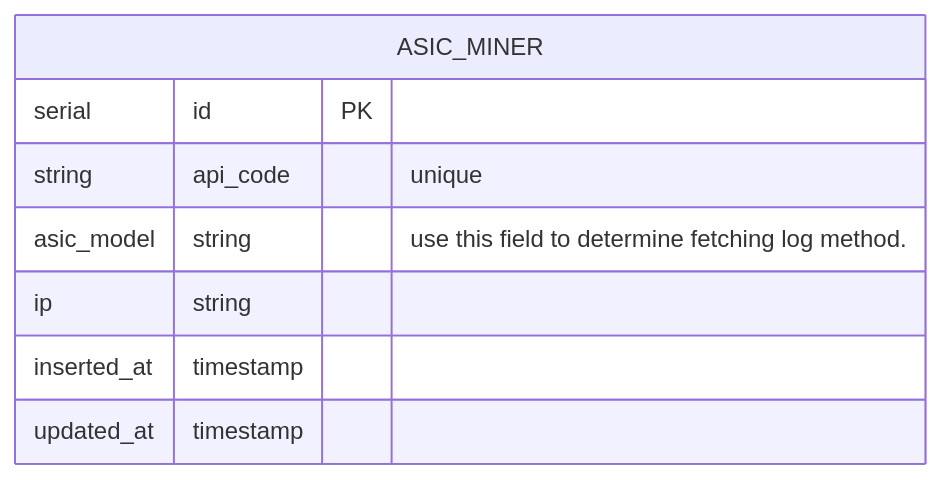
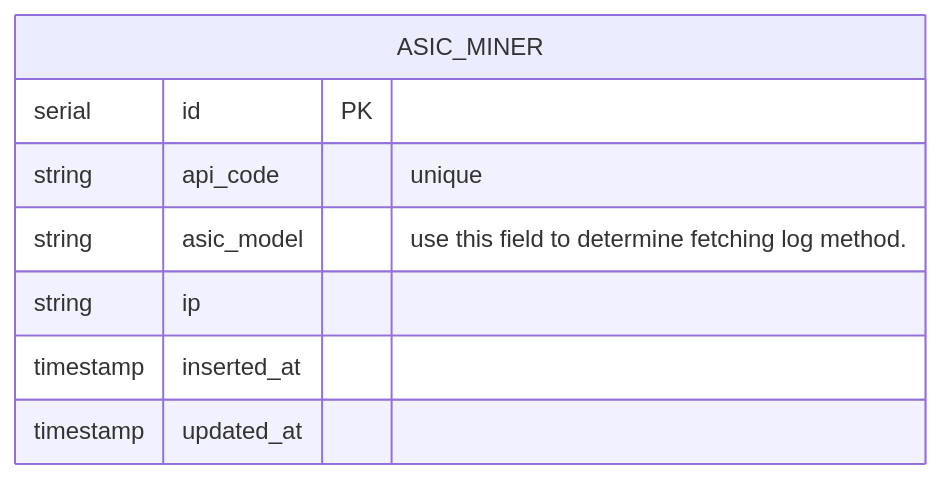
Before and after one commit to nguyenvinhlinh/Mining-Rig-Monitor-Document: the diagram in docs/05.02-asic-sentry-db.md, drawn with Mermaid. The commit also changed 1 other file, not shown here.

````diff
--- a/docs/05.02-asic-sentry-db.md
+++ b/docs/05.02-asic-sentry-db.md
@@ -4,15 +4,13 @@
 ```mermaid
 erDiagram
     ASIC_MINER
 
     ASIC_MINER {
         serial id PK
         string api_code "unique"
-        asic_model string "use this field to determine fetching log method."
-        ip string
-        inserted_at timestamp
-        updated_at timestamp
+        string asic_model  "use this field to determine fetching log method."
+        string ip
+        timestamp inserted_at
+        timestamp updated_at
     }
-
-
 ```
````
